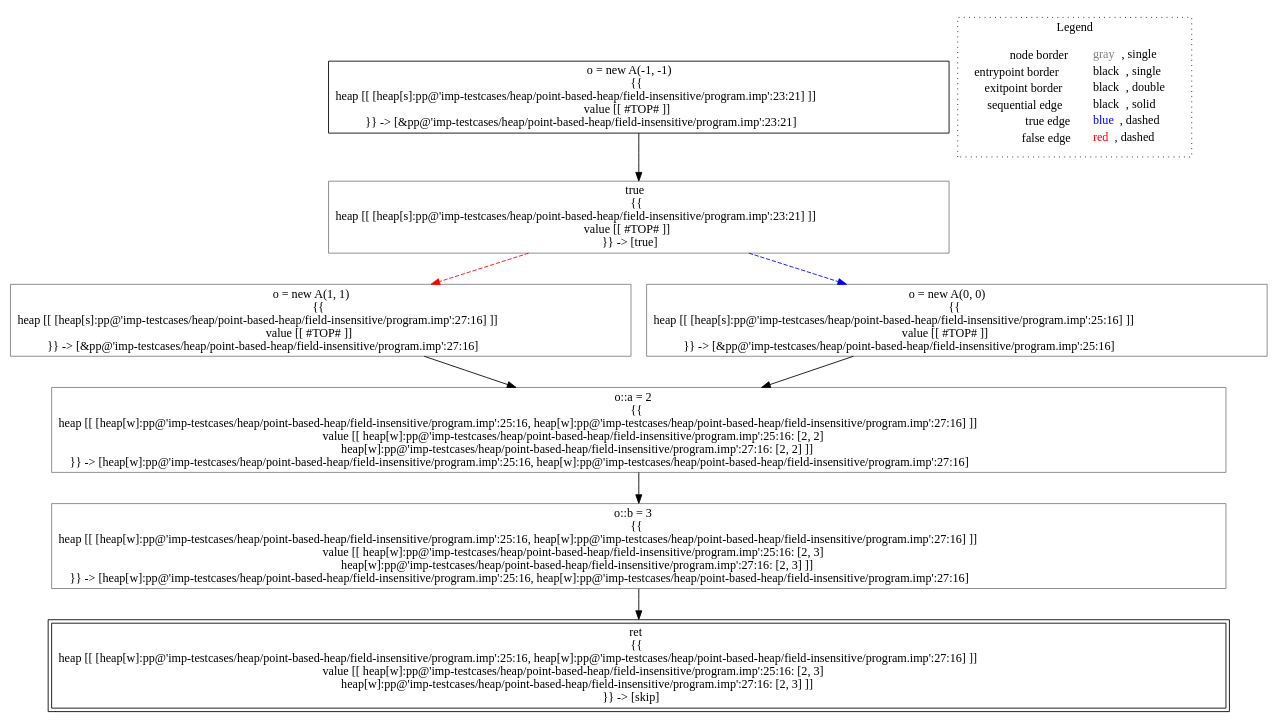
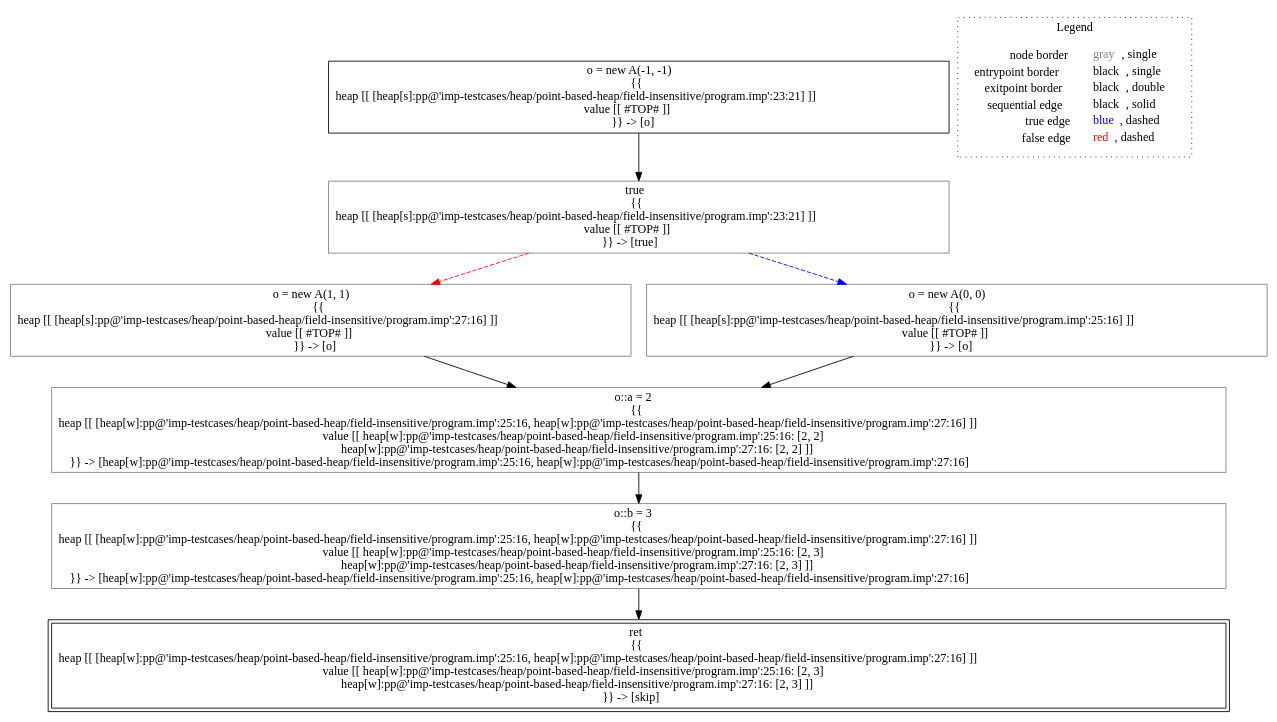
The diagram in lisa/imp-testcases/heap/point-based-heap/field-insensitive/analysis___untyped_A.f3(A_this).dot (lisa-analyzer/lisa), drawn with Graphviz before and after one commit. The commit also changed 33 other files, not shown here.

Commit message:
#95 refactored new heap symbolic expressions, removed rewriting in analysis state small step semantics and assign methods, point based heap tests

```diff
--- a/lisa/imp-testcases/heap/point-based-heap/field-insensitive/analysis___untyped_A.f3(A_this).dot
+++ b/lisa/imp-testcases/heap/point-based-heap/field-insensitive/analysis___untyped_A.f3(A_this).dot
@@ -1,23 +1,23 @@
 digraph {
-	"node0" [shape="rect",color="black",label=<o = new A(-1, -1)<BR/>{{<BR/>heap [[ [heap[s]:pp@'imp-testcases/heap/point-based-heap/field-insensitive/program.imp':23:21] ]]<BR/>value [[ #TOP# ]]<BR/>}} -&gt; [&amp;pp@'imp-testcases/heap/point-based-heap/field-insensitive/program.imp':23:21]>];
+	"node0" [shape="rect",color="black",label=<o = new A(-1, -1)<BR/>{{<BR/>heap [[ [heap[s]:pp@'imp-testcases/heap/point-based-heap/field-insensitive/program.imp':23:21] ]]<BR/>value [[ #TOP# ]]<BR/>}} -&gt; [o]>];
 	"node1" [shape="rect",color="gray",label=<o::b = 3<BR/>{{<BR/>heap [[ [heap[w]:pp@'imp-testcases/heap/point-based-heap/field-insensitive/program.imp':25:16, heap[w]:pp@'imp-testcases/heap/point-based-heap/field-insensitive/program.imp':27:16] ]]<BR/>value [[ heap[w]:pp@'imp-testcases/heap/point-based-heap/field-insensitive/program.imp':25:16: [2, 3]<BR/>heap[w]:pp@'imp-testcases/heap/point-based-heap/field-insensitive/program.imp':27:16: [2, 3] ]]<BR/>}} -&gt; [heap[w]:pp@'imp-testcases/heap/point-based-heap/field-insensitive/program.imp':25:16, heap[w]:pp@'imp-testcases/heap/point-based-heap/field-insensitive/program.imp':27:16]>];
 	"node2" [shape="rect",color="gray",label=<o::a = 2<BR/>{{<BR/>heap [[ [heap[w]:pp@'imp-testcases/heap/point-based-heap/field-insensitive/program.imp':25:16, heap[w]:pp@'imp-testcases/heap/point-based-heap/field-insensitive/program.imp':27:16] ]]<BR/>value [[ heap[w]:pp@'imp-testcases/heap/point-based-heap/field-insensitive/program.imp':25:16: [2, 2]<BR/>heap[w]:pp@'imp-testcases/heap/point-based-heap/field-insensitive/program.imp':27:16: [2, 2] ]]<BR/>}} -&gt; [heap[w]:pp@'imp-testcases/heap/point-based-heap/field-insensitive/program.imp':25:16, heap[w]:pp@'imp-testcases/heap/point-based-heap/field-insensitive/program.imp':27:16]>];
-	"node3" [shape="rect",color="gray",label=<o = new A(1, 1)<BR/>{{<BR/>heap [[ [heap[s]:pp@'imp-testcases/heap/point-based-heap/field-insensitive/program.imp':27:16] ]]<BR/>value [[ #TOP# ]]<BR/>}} -&gt; [&amp;pp@'imp-testcases/heap/point-based-heap/field-insensitive/program.imp':27:16]>];
-	"node4" [shape="rect",color="gray",label=<true<BR/>{{<BR/>heap [[ [heap[s]:pp@'imp-testcases/heap/point-based-heap/field-insensitive/program.imp':23:21] ]]<BR/>value [[ #TOP# ]]<BR/>}} -&gt; [true]>];
-	"node5" [shape="rect",color="gray",label=<o = new A(0, 0)<BR/>{{<BR/>heap [[ [heap[s]:pp@'imp-testcases/heap/point-based-heap/field-insensitive/program.imp':25:16] ]]<BR/>value [[ #TOP# ]]<BR/>}} -&gt; [&amp;pp@'imp-testcases/heap/point-based-heap/field-insensitive/program.imp':25:16]>];
+	"node3" [shape="rect",color="gray",label=<o = new A(1, 1)<BR/>{{<BR/>heap [[ [heap[s]:pp@'imp-testcases/heap/point-based-heap/field-insensitive/program.imp':27:16] ]]<BR/>value [[ #TOP# ]]<BR/>}} -&gt; [o]>];
+	"node4" [shape="rect",color="gray",label=<o = new A(0, 0)<BR/>{{<BR/>heap [[ [heap[s]:pp@'imp-testcases/heap/point-based-heap/field-insensitive/program.imp':25:16] ]]<BR/>value [[ #TOP# ]]<BR/>}} -&gt; [o]>];
+	"node5" [shape="rect",color="gray",label=<true<BR/>{{<BR/>heap [[ [heap[s]:pp@'imp-testcases/heap/point-based-heap/field-insensitive/program.imp':23:21] ]]<BR/>value [[ #TOP# ]]<BR/>}} -&gt; [true]>];
 	"node6" [shape="rect",color="black",peripheries="2",label=<ret<BR/>{{<BR/>heap [[ [heap[w]:pp@'imp-testcases/heap/point-based-heap/field-insensitive/program.imp':25:16, heap[w]:pp@'imp-testcases/heap/point-based-heap/field-insensitive/program.imp':27:16] ]]<BR/>value [[ heap[w]:pp@'imp-testcases/heap/point-based-heap/field-insensitive/program.imp':25:16: [2, 3]<BR/>heap[w]:pp@'imp-testcases/heap/point-based-heap/field-insensitive/program.imp':27:16: [2, 3] ]]<BR/>}} -&gt; [skip]>];
 	"node1" -> "node6" [color="black"];
 	"node2" -> "node1" [color="black"];
 	"node3" -> "node2" [color="black"];
-	"node0" -> "node4" [color="black"];
-	"node4" -> "node3" [color="red",style="dashed"];
-	"node4" -> "node5" [color="blue",style="dashed"];
-	"node5" -> "node2" [color="black"];
+	"node0" -> "node5" [color="black"];
+	"node4" -> "node2" [color="black"];
+	"node5" -> "node3" [color="red",style="dashed"];
+	"node5" -> "node4" [color="blue",style="dashed"];
 subgraph cluster_legend {
 	label="Legend";
 	style=dotted;
 	node [shape=plaintext];
 	"legend" [label=<<table border="0" cellpadding="2" cellspacing="0" cellborder="0"><tr><td align="right">node border&nbsp;</td><td align="left"><font color="gray">gray</font>, single</td></tr><tr><td align="right">entrypoint border&nbsp;</td><td align="left"><font color="black">black</font>, single</td></tr><tr><td align="right">exitpoint border&nbsp;</td><td align="left"><font color="black">black</font>, double</td></tr><tr><td align="right">sequential edge&nbsp;</td><td align="left"><font color="black">black</font>, solid</td></tr><tr><td align="right">true edge&nbsp;</td><td align="left"><font color="blue">blue</font>, dashed</td></tr><tr><td align="right">false edge&nbsp;</td><td align="left"><font color="red">red</font>, dashed</td></tr></table>>];
 }
 
 }
```
